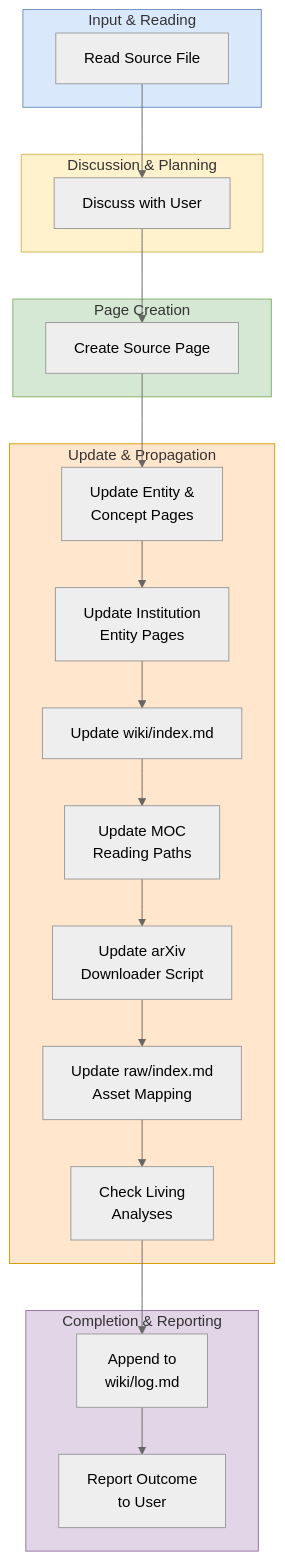
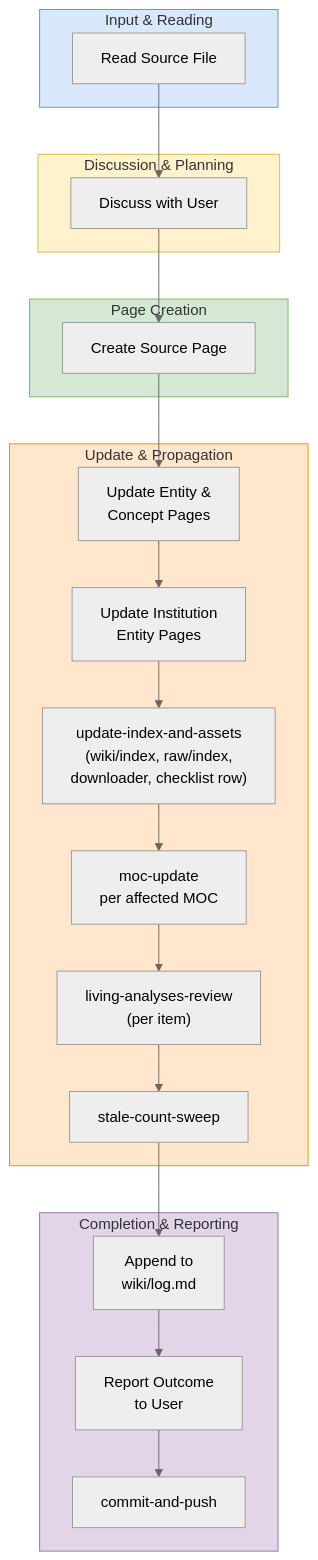
Before and after one commit to CompleteTech-LLC-AI-Research/beyond-the-token-bottleneck: the diagram in workflows/ingest.md, drawn with Mermaid (neutral theme). The commit also changed other lines of this file and 28 other files, not shown here.

````diff
--- a/workflows/ingest.md
+++ b/workflows/ingest.md
@@ -3,47 +3,47 @@
 ```mermaid
 graph TD
     A["Read Source File"] --> B["Discuss with User"]
     B --> C["Create Source Page"]
     C --> D["Update Entity &<br/>Concept Pages"]
     D --> E["Update Institution<br/>Entity Pages"]
-    E --> F["Update wiki/index.md"]
-    F --> G["Update MOC<br/>Reading Paths"]
-    G --> H["Update arXiv<br/>Downloader Script"]
-    H --> I["Update raw/index.md<br/>Asset Mapping"]
-    I --> J["Check Living<br/>Analyses"]
-    J --> K["Append to<br/>wiki/log.md"]
+    E --> F["update-index-and-assets<br/>(wiki/index, raw/index,<br/>downloader, checklist row)"]
+    F --> G["moc-update<br/>per affected MOC"]
+    G --> J["living-analyses-review<br/>(per item)"]
+    J --> J2["stale-count-sweep"]
+    J2 --> K["Append to<br/>wiki/log.md"]
     K --> L["Report Outcome<br/>to User"]
+    L --> M["commit-and-push"]
 
     subgraph read ["Input & Reading"]
         A
     end
 
     subgraph discuss ["Discussion & Planning"]
         B
     end
 
     subgraph create ["Page Creation"]
         C
     end
 
     subgraph propagate ["Update & Propagation"]
         D
         E
         F
         G
-        H
-        I
         J
+        J2
     end
 
     subgraph complete ["Completion & Reporting"]
         K
         L
+        M
     end
 
     style read fill:#dae8fc,stroke:#6c8ebf,color:#333
     style discuss fill:#fff2cc,stroke:#d6b656,color:#333
     style create fill:#d5e8d4,stroke:#82b366,color:#333
     style propagate fill:#ffe6cc,stroke:#d79b00,color:#333
     style complete fill:#e1d5e7,stroke:#9673a6,color:#333
 ```
````
